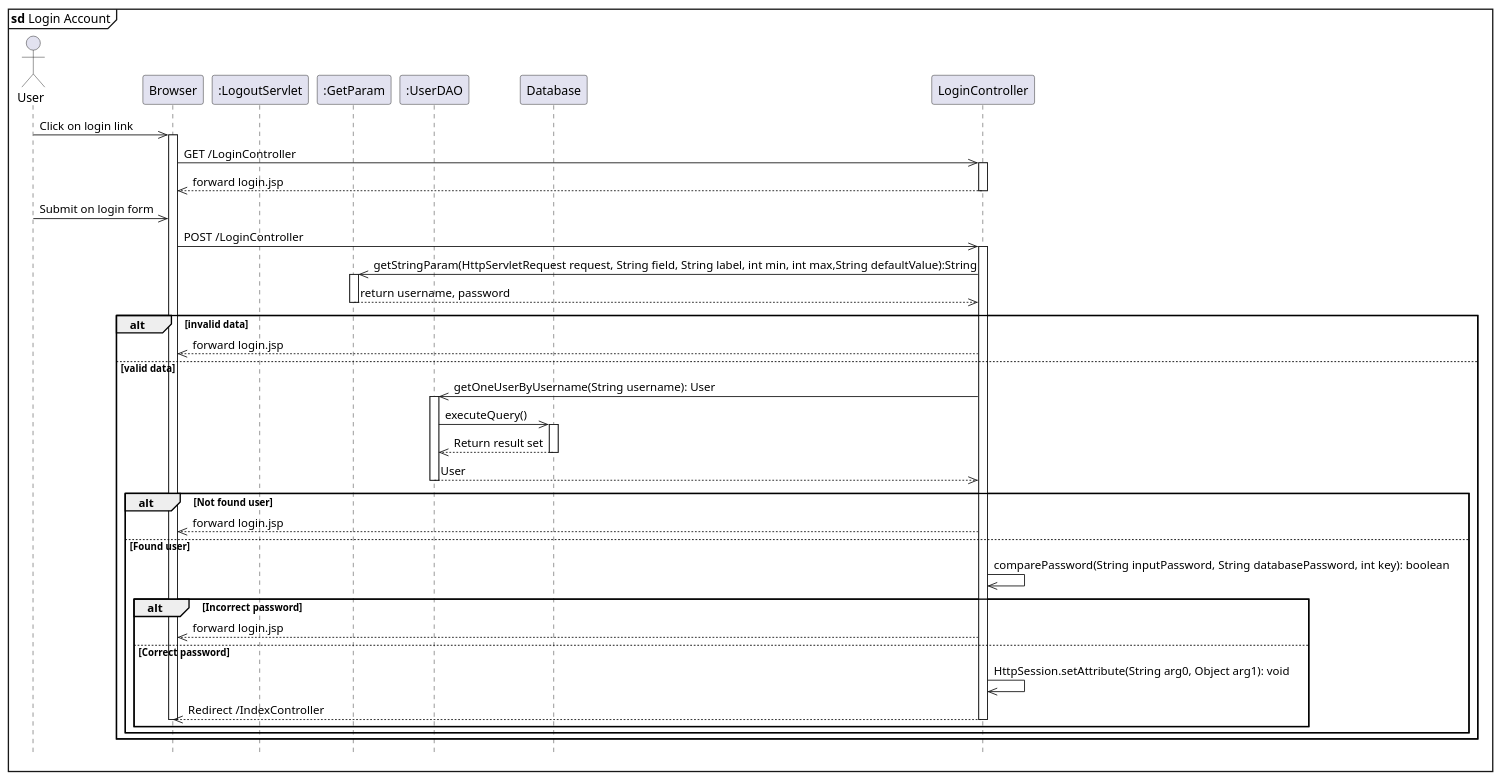
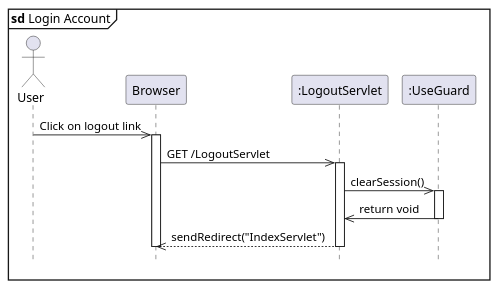
The diagram in diagram/LogoutServlet.puml (kainesv86/HKCBooking), drawn with PlantUML before and after one commit. The commit also changed 1 other file, not shown here.

Commit message:
Logout Servlet diagram

```diff
--- a/diagram/LogoutServlet.puml
+++ b/diagram/LogoutServlet.puml
@@ -1,56 +1,24 @@
 @startuml loginAccount
 
 hide footbox
 mainframe <b>sd</b> Login Account
 actor User
 participant "Browser" as Browser
 participant ":LogoutServlet" as LogoutServlet
-participant ":GetParam" as GetParam
-participant ":UserDAO" as UserDao
-participant "Database" as DB
+participant ":UseGuard" as UseGuard
 
 
-User ->> Browser: Click on login link
+User ->> Browser: Click on logout link
 activate Browser
 
-Browser ->> LoginController: GET /LoginController
-activate LoginController
-LoginController -->> Browser: forward login.jsp
-deactivate LoginController
+Browser ->> LogoutServlet: GET /LogoutServlet
+    activate LogoutServlet
+        LogoutServlet ->> UseGuard: clearSession()
+        activate UseGuard
+            UseGuard ->> LogoutServlet: return void
+        deactivate UseGuard
+        LogoutServlet -->> Browser: sendRedirect("IndexServlet")
+    deactivate LogoutServlet
+deactivate Browser
 
-
-
-User ->> Browser: Submit on login form
-    Browser ->> LoginController: POST /LoginController
-    activate LoginController
-    LoginController ->> GetParam: getStringParam(HttpServletRequest request, String field, String label, int min, int max,String defaultValue):String
-    activate GetParam
-    GetParam -->> LoginController: return username, password
-    deactivate GetParam
-alt invalid data
-    LoginController -->> Browser: forward login.jsp
-else valid data
-    LoginController ->> UserDao: getOneUserByUsername(String username): User
-    activate UserDao
-    UserDao ->> DB: executeQuery()
-    activate DB
-    DB -->> UserDao: Return result set
-    deactivate DB
-    UserDao -->> LoginController: User
-    deactivate UserDao
-    deactivate GetParam
-    alt Not found user
-        LoginController -->> Browser: forward login.jsp
-    else Found user
-        LoginController ->> LoginController: comparePassword(String inputPassword, String databasePassword, int key): boolean
-        alt Incorrect password
-            LoginController -->> Browser: forward login.jsp
-        else Correct password
-            LoginController ->> LoginController: HttpSession.setAttribute(String arg0, Object arg1): void
-            LoginController -->> Browser: Redirect /IndexController 
-            deactivate LoginController
-            deactivate Browser
-        end
-    end       
-end
 @enduml
```
